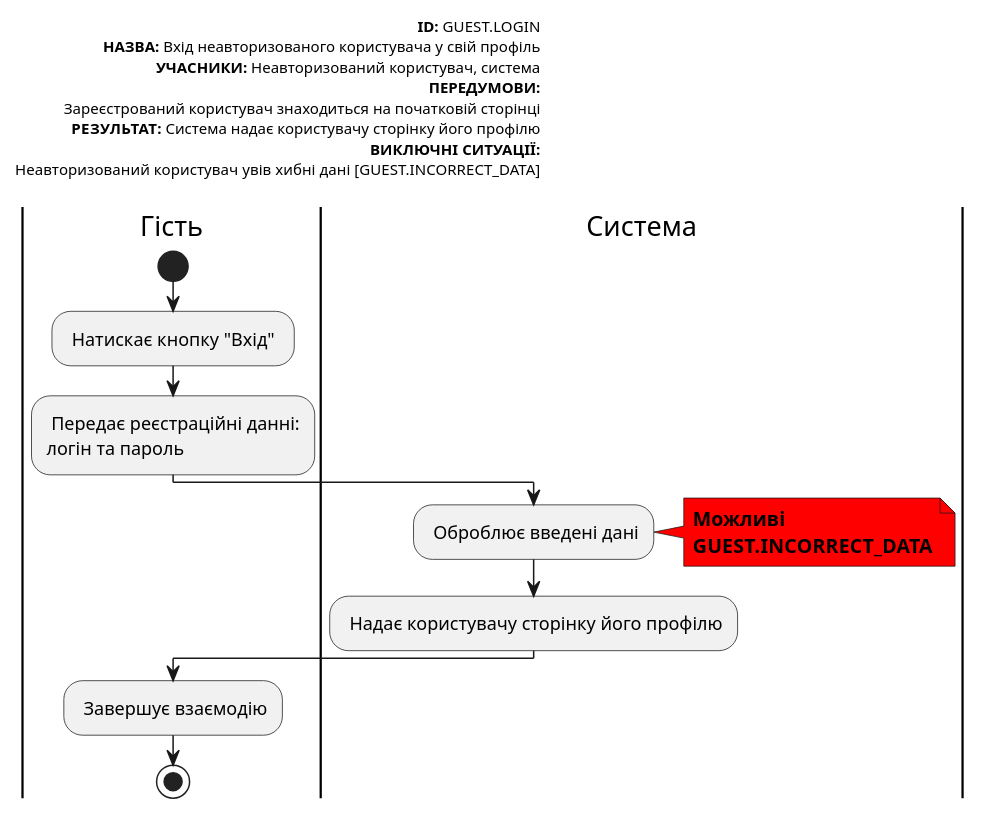
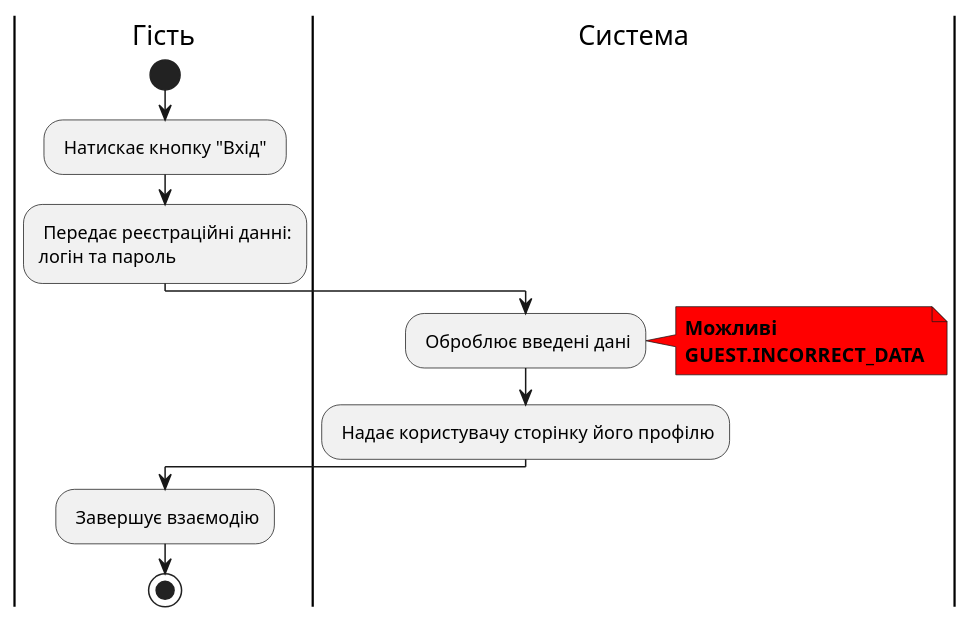
Before and after one commit to michigang1/ImForms: the sixth of 22 diagrams in docs/use cases/README.md, drawn with PlantUML. The commit also changed other lines of this file, not shown here.

```diff
--- a/docs/use cases/README.md
+++ b/docs/use cases/README.md
@@ -176,33 +190,22 @@
 @startuml
-left header
-<font color=000 size=10><b>ID:</b> GUEST.LOGIN
-<font color=000 size=10><b>НАЗВА:</b> Вхід неавторизованого користувача у свій профіль
-<font color=000 size=10><b>УЧАСНИКИ:</b> Неавторизований користувач, система
-<font color=000 size=10><b>ПЕРЕДУМОВИ:</b>
-<font color=000 size=10>Зареєстрований користувач знаходиться на початковій сторінці
-<font color=000 size=10><b>РЕЗУЛЬТАТ:</b> Система надає користувачу сторінку його профілю
-<font color=000 size=10><b>ВИКЛЮЧНІ СИТУАЦІЇ:</b>
-<font color=000 size=10>Неавторизований користувач увів хибні дані [GUEST.INCORRECT_DATA]
-
-end header
 
 |Гість|
 start
 : Натискає кнопку "Вхід" ;
 : Передає реєстраційні данні:
 логін та пароль;
 
 |Система|
 : Оброблює введені дані;
 
        note right #ff0000
        <b>Можливі</b>
        <b>GUEST.INCORRECT_DATA</b>
        end note
 
        : Надає користувачу сторінку його профілю;
 
 |Гість|
 : Завершує взаємодію;
 stop;
 @enduml
```
